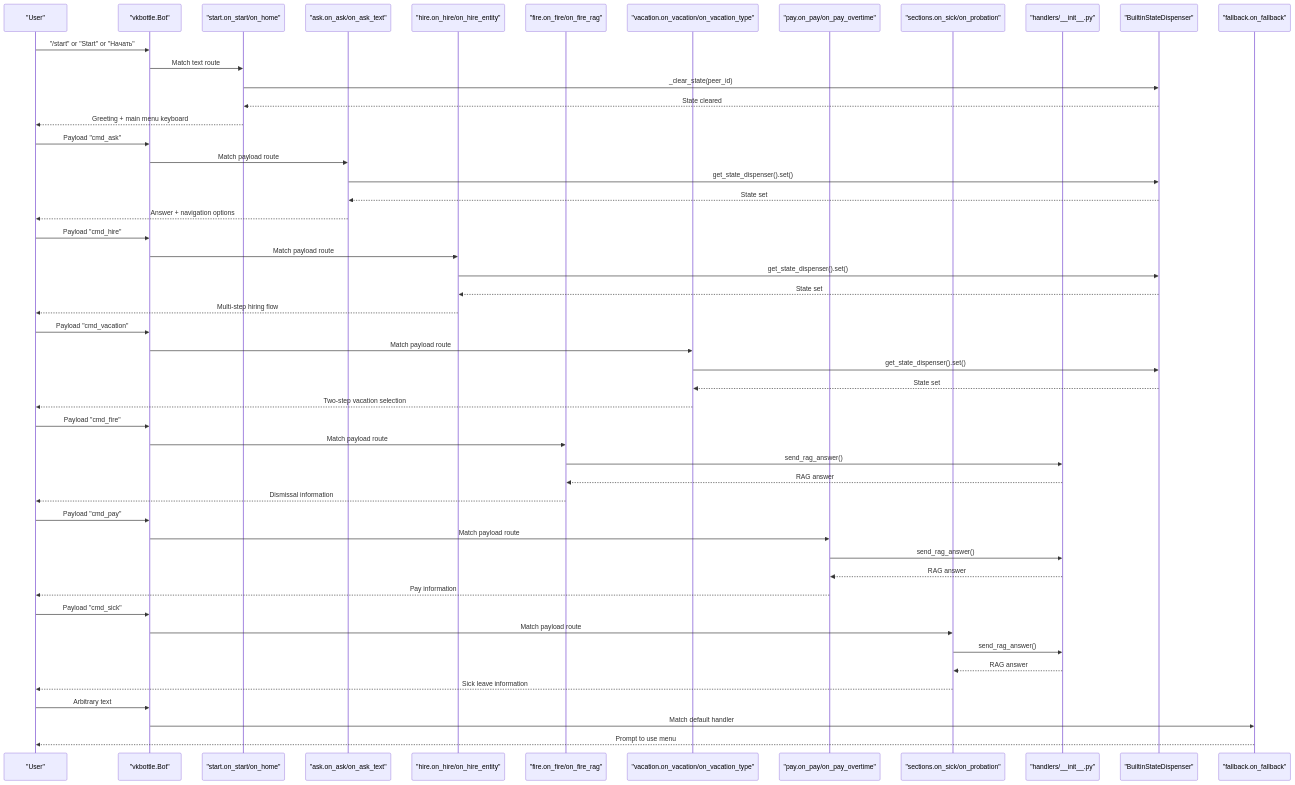
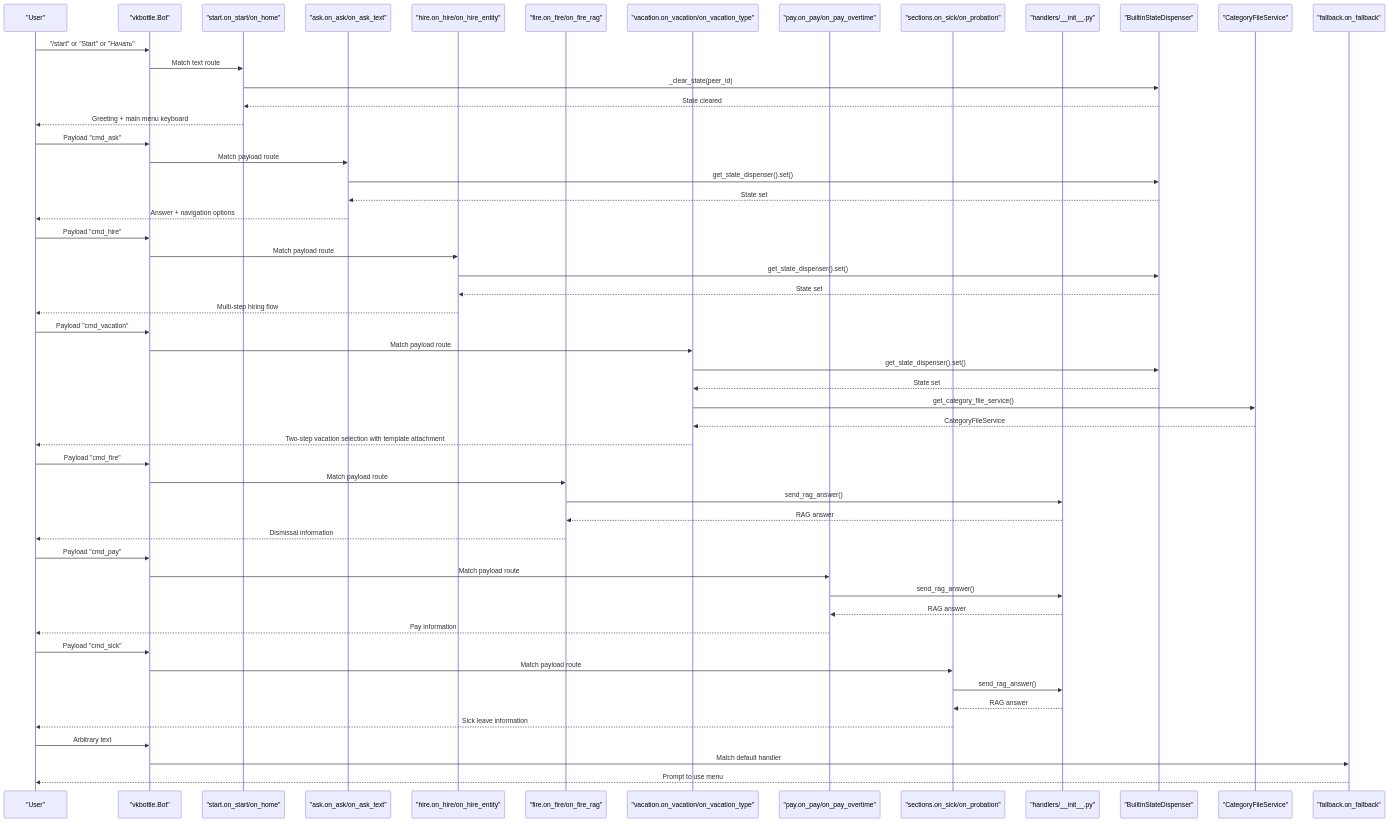
Diagram 12 of 18 in .qoder/repowiki/en/content/VK Integration/VK Integration.md (ognelis/cafetera_hr_bot), drawn with Mermaid before and after one commit. The commit also changed other lines of this file and 7 other files, not shown here.

Commit message:
CAFETERA-18 Improved fire flow

````diff
--- a/.qoder/repowiki/en/content/VK Integration/VK Integration.md
+++ b/.qoder/repowiki/en/content/VK Integration/VK Integration.md
@@ -574,53 +756,56 @@
 ```mermaid
 sequenceDiagram
 participant User as "User"
 participant Bot as "vkbottle.Bot"
 participant Start as "start.on_start/on_home"
 participant Ask as "ask.on_ask/on_ask_text"
 participant Hire as "hire.on_hire/on_hire_entity"
 participant Fire as "fire.on_fire/on_fire_rag"
 participant Vacation as "vacation.on_vacation/on_vacation_type"
 participant Pay as "pay.on_pay/on_pay_overtime"
 participant Sections as "sections.on_sick/on_probation"
 participant Utils as "handlers/__init__.py"
 participant SD as "BuiltinStateDispenser"
+participant CFService as "CategoryFileService"
 participant Fallback as "fallback.on_fallback"
 User->>Bot : "/start" or "Start" or "Начать"
 Bot->>Start : Match text route
 Start->>SD : _clear_state(peer_id)
 SD-->>Start : State cleared
 Start-->>User : Greeting + main menu keyboard
 User->>Bot : Payload "cmd_ask"
 Bot->>Ask : Match payload route
 Ask->>SD : get_state_dispenser().set()
 SD-->>Ask : State set
 Ask-->>User : Answer + navigation options
 User->>Bot : Payload "cmd_hire"
 Bot->>Hire : Match payload route
 Hire->>SD : get_state_dispenser().set()
 SD-->>Hire : State set
 Hire-->>User : Multi-step hiring flow
 User->>Bot : Payload "cmd_vacation"
 Bot->>Vacation : Match payload route
 Vacation->>SD : get_state_dispenser().set()
 SD-->>Vacation : State set
-Vacation-->>User : Two-step vacation selection
+Vacation->>CFService : get_category_file_service()
+CFService-->>Vacation : CategoryFileService
+Vacation-->>User : Two-step vacation selection with template attachment
 User->>Bot : Payload "cmd_fire"
 Bot->>Fire : Match payload route
 Fire->>Utils : send_rag_answer()
 Utils-->>Fire : RAG answer
 Fire-->>User : Dismissal information
 User->>Bot : Payload "cmd_pay"
 Bot->>Pay : Match payload route
 Pay->>Utils : send_rag_answer()
 Utils-->>Pay : RAG answer
 Pay-->>User : Pay information
 User->>Bot : Payload "cmd_sick"
 Bot->>Sections : Match payload route
 Sections->>Utils : send_rag_answer()
 Utils-->>Sections : RAG answer
 Sections-->>User : Sick leave information
 User->>Bot : Arbitrary text
 Bot->>Fallback : Match default handler
 Fallback-->>User : Prompt to use menu
 ```
````
